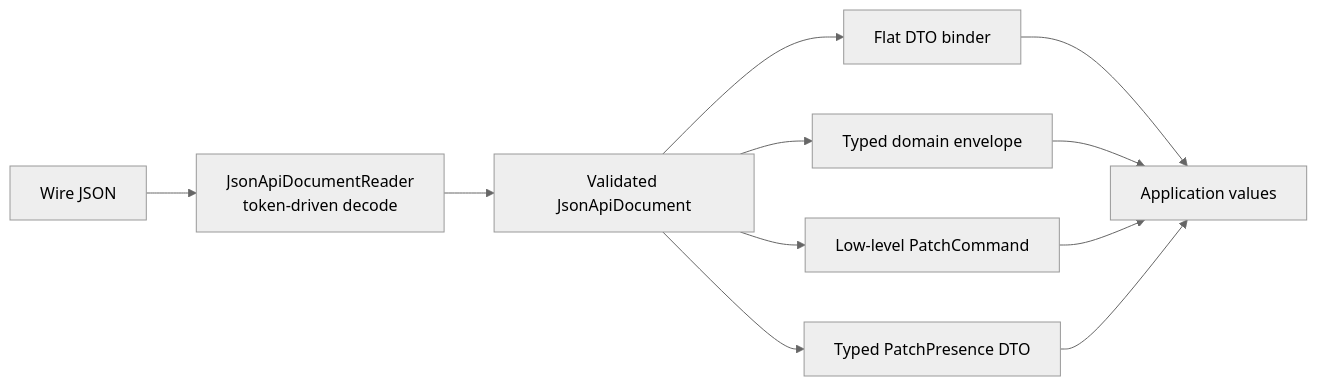
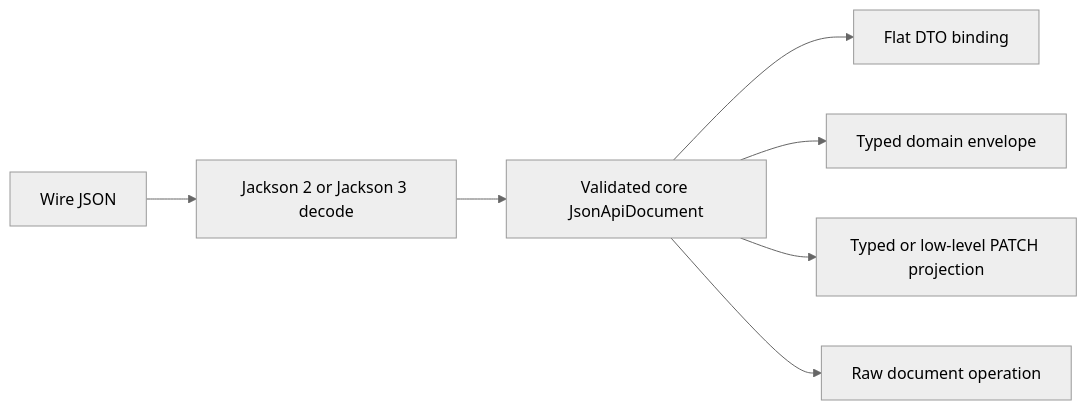
Before and after one commit to kazforge/jsonapi-java: the first of 2 diagrams in docs/architecture.md, drawn with Mermaid (neutral theme). The commit also changed other lines of this file and 29 other files, not shown here.

````diff
--- a/docs/architecture.md
+++ b/docs/architecture.md
@@ -101,13 +57,9 @@
 ```mermaid
 flowchart LR
-  JSON["Wire JSON"] --> READER["JsonApiDocumentReader<br/>token-driven decode"]
-  READER --> COREDOC["Validated JsonApiDocument"]
-  COREDOC --> BIND["Flat DTO binder"]
-  COREDOC --> ENV["Typed domain envelope"]
-  COREDOC --> PATCHCMD["Low-level PatchCommand"]
-  COREDOC --> PATCHDTO["Typed PatchPresence DTO"]
-  BIND --> APP["Application values"]
-  ENV --> APP
-  PATCHCMD --> APP
-  PATCHDTO --> APP
+  JSON["Wire JSON"] --> DECODE["Jackson 2 or Jackson 3 decode"]
+  DECODE --> DOC["Validated core JsonApiDocument"]
+  DOC --> FLAT["Flat DTO binding"]
+  DOC --> ENVELOPE["Typed domain envelope"]
+  DOC --> PATCH["Typed or low-level PATCH projection"]
+  DOC --> RAW["Raw document operation"]
 ```
````
